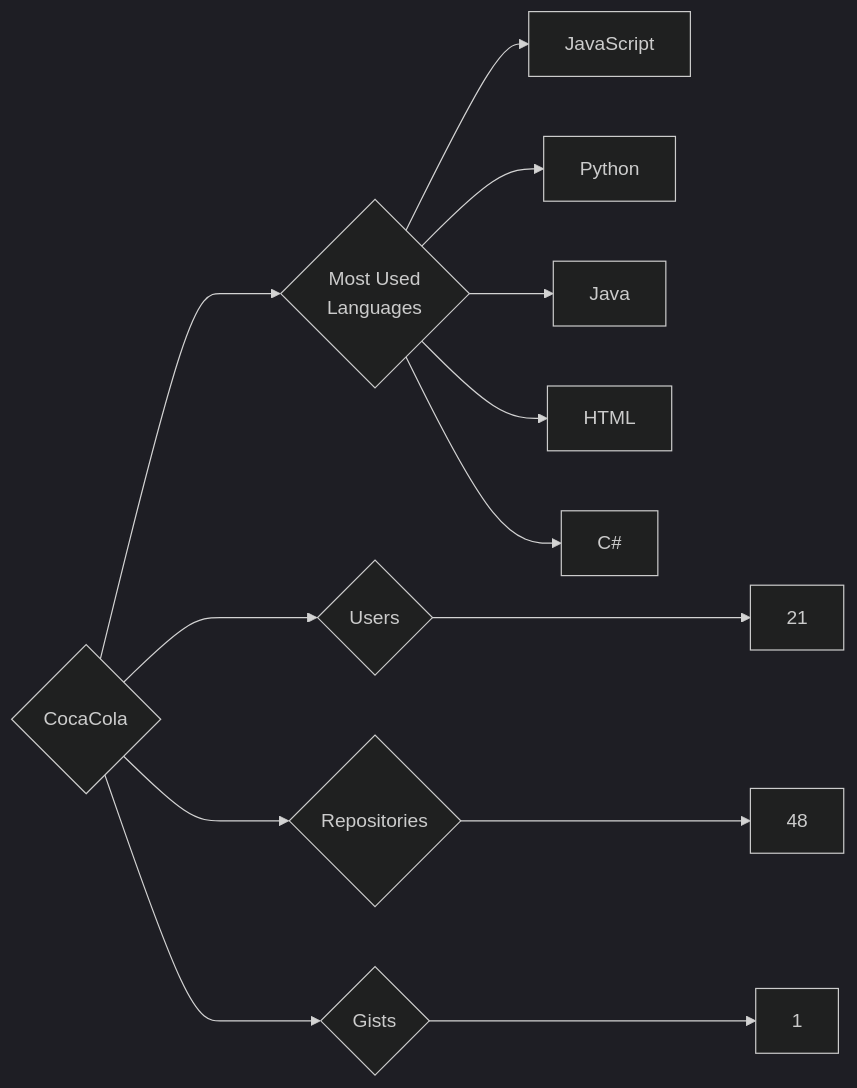
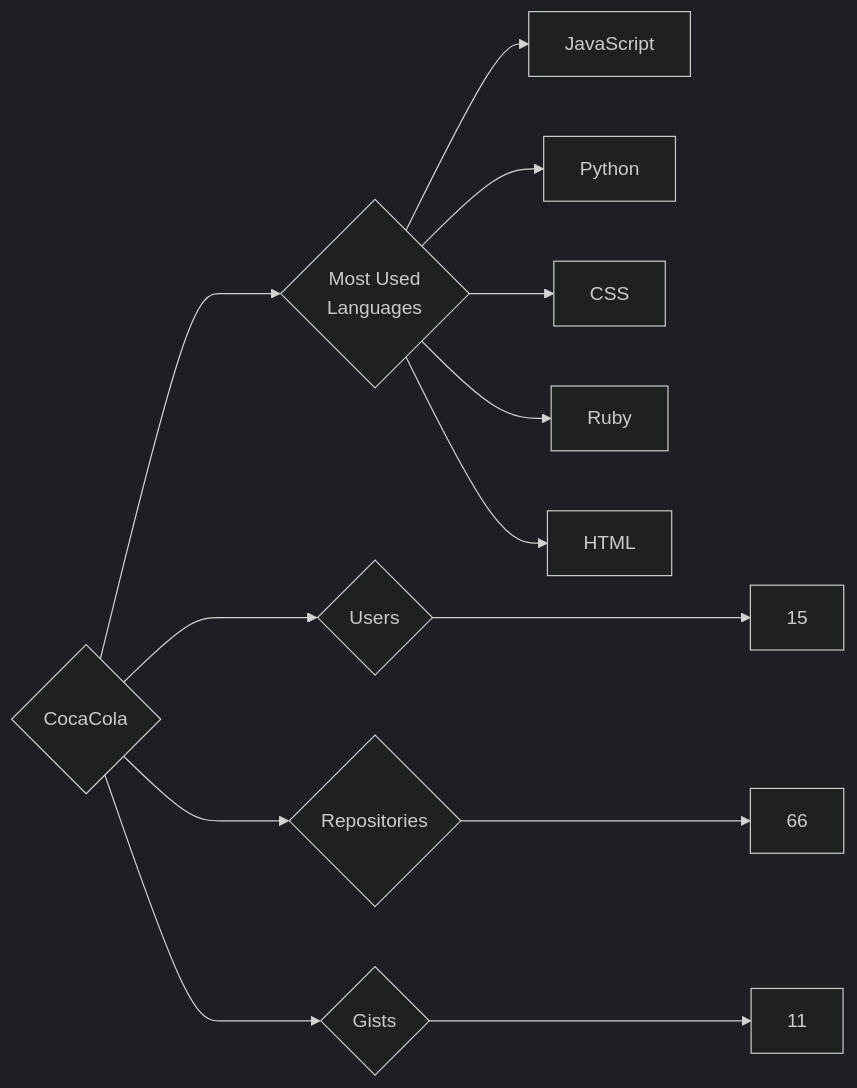
Before and after one commit to trickest/insiders: the diagram in targets/CocaCola/README.md, drawn with Mermaid (dark theme). The commit also changed 895 other files, not shown here.

````diff
--- a/targets/CocaCola/README.md
+++ b/targets/CocaCola/README.md
@@ -3,13 +3,13 @@
 ```mermaid
 graph LR
 COMPANY_NAME{CocaCola}
-COMPANY_NAME ---> U{Users} ---> UN[21]
-COMPANY_NAME ---> R{Repositories} ---> RN[48]
-COMPANY_NAME ---> G{Gists} ---> GN[1]
+COMPANY_NAME ---> U{Users} ---> UN[15]
+COMPANY_NAME ---> R{Repositories} ---> RN[66]
+COMPANY_NAME ---> G{Gists} ---> GN[11]
 COMPANY_NAME ---> ML{Most Used<br>Languages}
 ML --> JavaScript[JavaScript]
 ML --> Python[Python]
-ML --> Java[Java]
+ML --> CSS[CSS]
+ML --> Ruby[Ruby]
 ML --> HTML[HTML]
-ML --> C#[C#]
 ```
````
